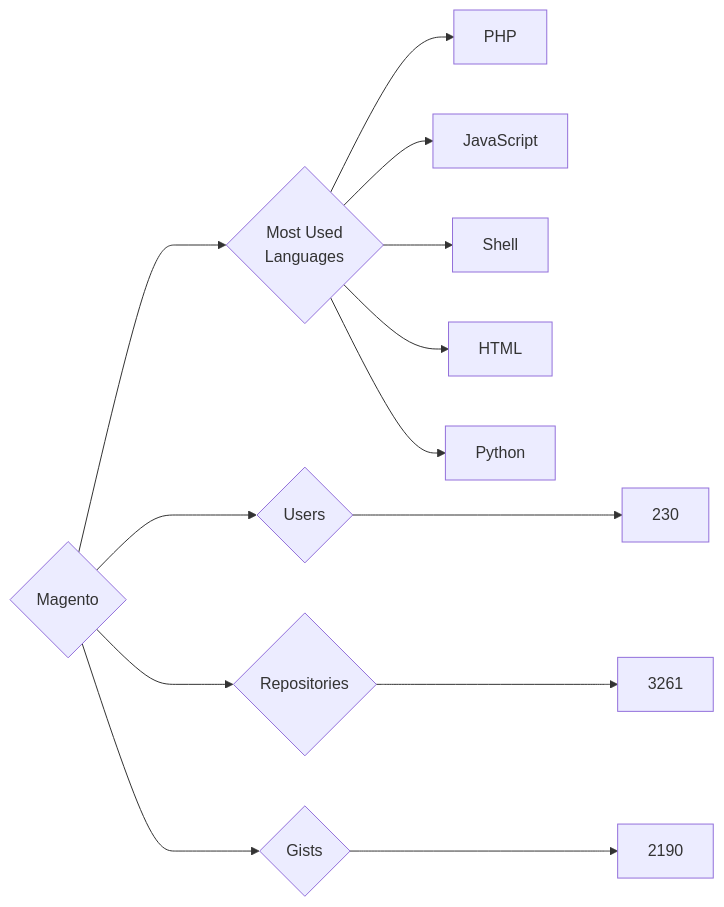
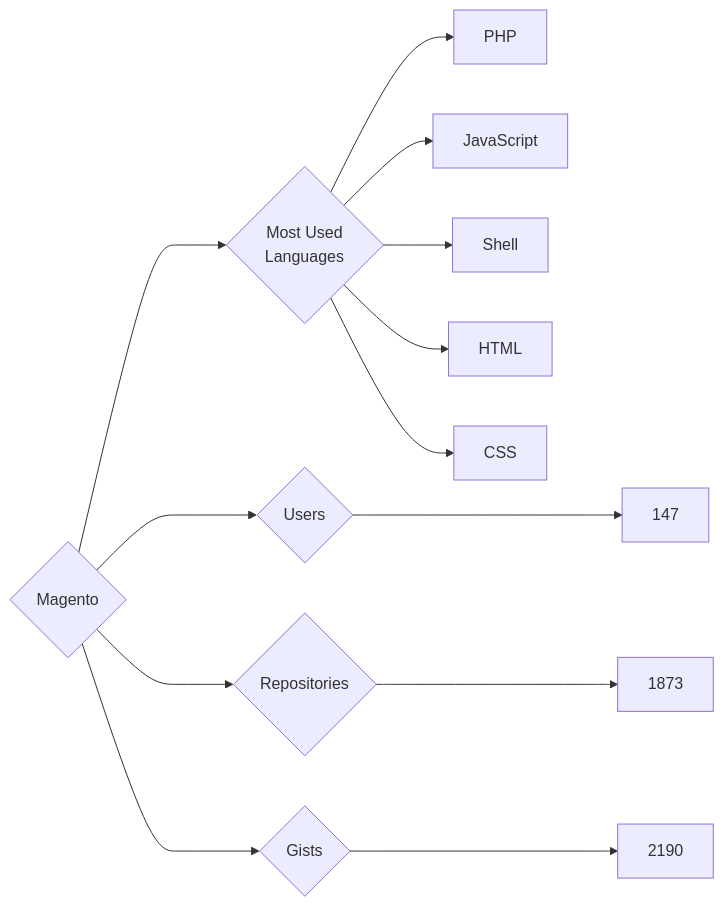
The diagram in targets/Magento/README.md (trickest/insiders), drawn with Mermaid before and after one commit. The commit also changed 750 other files, not shown here.

````diff
--- a/targets/Magento/README.md
+++ b/targets/Magento/README.md
@@ -3,13 +3,13 @@
 ```mermaid
 graph LR
 COMPANY_NAME{Magento}
-COMPANY_NAME ---> U{Users} ---> UN[230]
-COMPANY_NAME ---> R{Repositories} ---> RN[3261]
+COMPANY_NAME ---> U{Users} ---> UN[147]
+COMPANY_NAME ---> R{Repositories} ---> RN[1873]
 COMPANY_NAME ---> G{Gists} ---> GN[2190]
 COMPANY_NAME ---> ML{Most Used<br>Languages}
 ML --> PHP[PHP]
 ML --> JavaScript[JavaScript]
 ML --> Shell[Shell]
 ML --> HTML[HTML]
-ML --> Python[Python]
+ML --> CSS[CSS]
 ```
````
